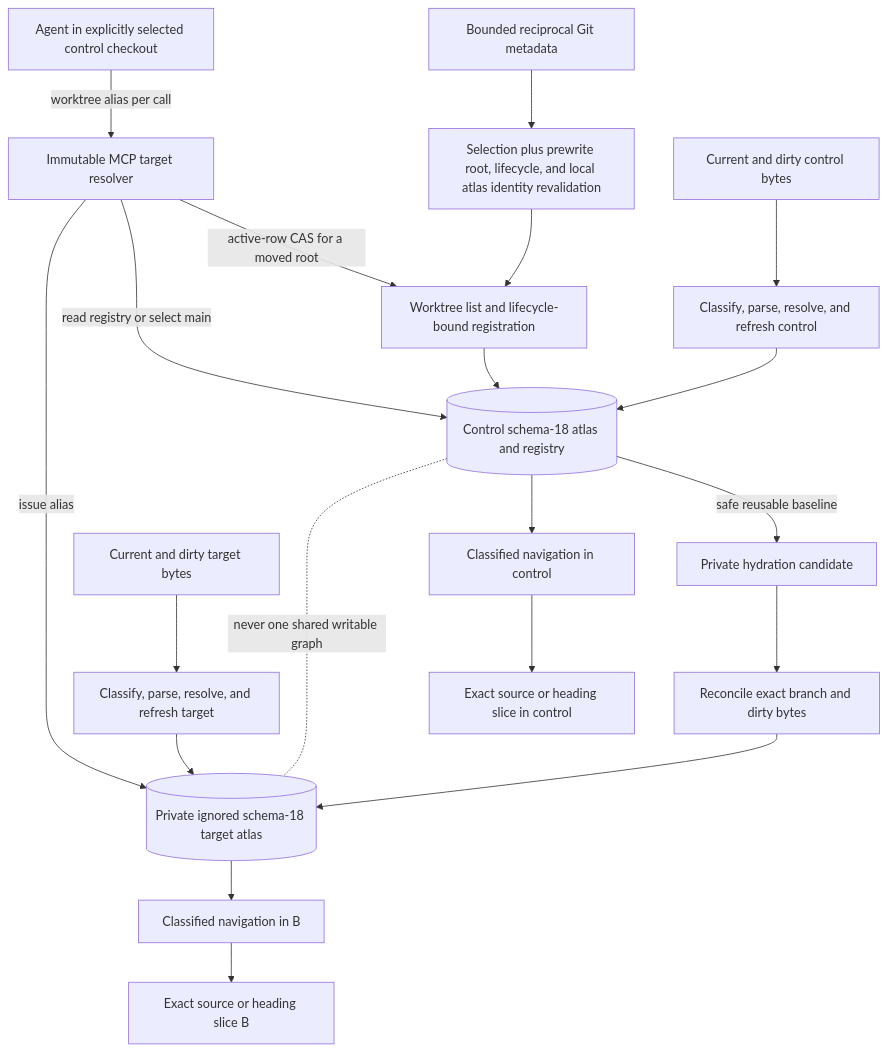
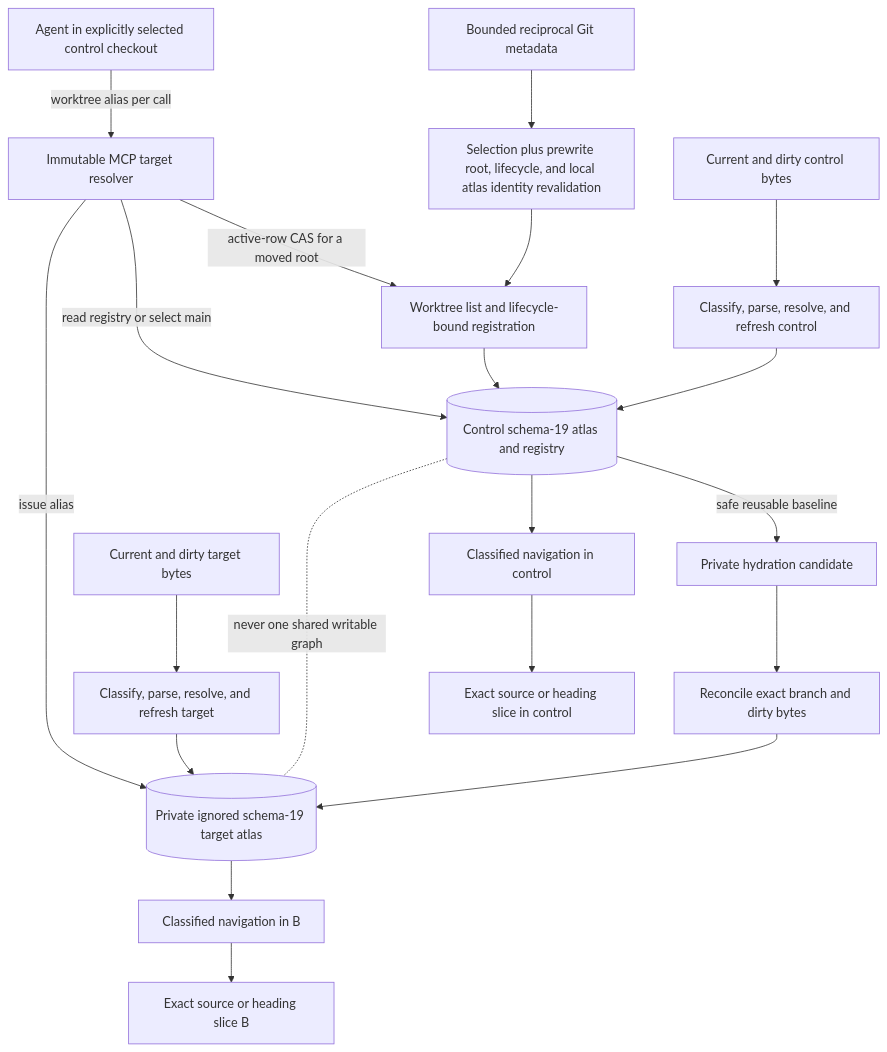
Diagram 28 of 36 in docs/projectatlas-3-architecture.md (styler-ai/ProjectAtlas), drawn with Mermaid before and after one commit. The commit also changed other lines of this file and 45 other files, not shown here.

````diff
--- a/docs/projectatlas-3-architecture.md
+++ b/docs/projectatlas-3-architecture.md
@@ -1893,22 +1893,22 @@
 ```mermaid
 flowchart TB
     Agent[Agent in explicitly selected control checkout] -->|worktree alias per call| Resolver[Immutable MCP target resolver]
     Git[Bounded reciprocal Git metadata] --> Revalidate[Selection plus prewrite root, lifecycle, and local atlas identity revalidation]
     Revalidate --> Registry[Worktree list and lifecycle-bound registration]
     Resolver -->|active-row CAS for a moved root| Registry
     Registry --> Control
-    Resolver -->|read registry or select main| Control[(Control schema-18 atlas and registry)]
-    Resolver -->|issue alias| DbB[(Private ignored schema-18 target atlas)]
+    Resolver -->|read registry or select main| Control[(Control schema-19 atlas and registry)]
+    Resolver -->|issue alias| DbB[(Private ignored schema-19 target atlas)]
     Control -->|safe reusable baseline| Candidate[Private hydration candidate]
     Candidate --> Reconcile[Reconcile exact branch and dirty bytes]
     Reconcile --> DbB
     SavedA[Current and dirty control bytes] --> BuildA[Classify, parse, resolve, and refresh control]
     BuildA --> Control
     SavedB[Current and dirty target bytes] --> BuildB[Classify, parse, resolve, and refresh target]
     BuildB --> DbB
     Control --> NavigateA[Classified navigation in control]
     DbB --> NavigateB[Classified navigation in B]
     NavigateA --> SliceA[Exact source or heading slice in control]
     NavigateB --> SliceB[Exact source or heading slice B]
     Control -. never one shared writable graph .- DbB
 ```
````
